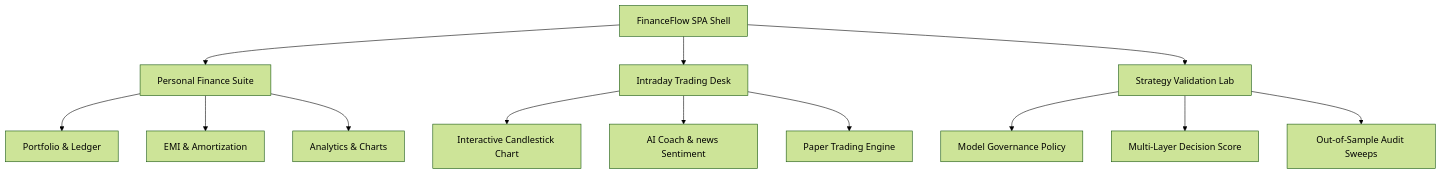
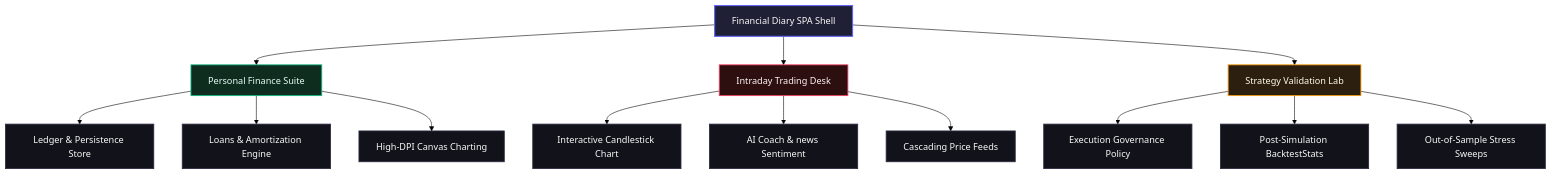
One commit to CodeWhizAfsal/am-chat changed the first of 2 diagrams in README.md. Above: the diagram before and after it, drawn with Mermaid (forest theme). The commit also changed other lines of this file, not shown here.

Commit message:
Enhance README.md with detailed system architecture pipelines and mathematical model documentation

````diff
--- a/README.md
+++ b/README.md
@@ -14,18 +16,28 @@
 ```mermaid
 graph TD
-    A[FinanceFlow SPA Shell] --> B[Personal Finance Suite]
-    A --> C[Intraday Trading Desk]
-    A --> D[Strategy Validation Lab]
+    %% Styling
+    classDef default fill:#12121a,stroke:#2a2a3e,stroke-width:1.5px,color:#fafafa;
+    classDef shell fill:#1f1f35,stroke:#6366f1,stroke-width:2px,color:#fafafa;
+    classDef suite fill:#0f2d1f,stroke:#10b981,stroke-width:1.5px,color:#e6fcf5;
+    classDef desk fill:#2d0f0f,stroke:#f43f5e,stroke-width:1.5px,color:#fff5f5;
+    classDef lab fill:#2d1f0f,stroke:#f59e0b,stroke-width:1.5px,color:#fffbeb;
 
-    B --> B1[Portfolio & Ledger]
-    B --> B2[EMI & Amortization]
-    B --> B3[Analytics & Charts]
+    A[Financial Diary SPA Shell]:::shell --> B[Personal Finance Suite]:::suite
+    A --> C[Intraday Trading Desk]:::desk
+    A --> D[Strategy Validation Lab]:::lab
 
+    %% Suite sub-nodes
+    B --> B1[Ledger & Persistence Store]
+    B --> B2[Loans & Amortization Engine]
+    B --> B3[High-DPI Canvas Charting]
+
+    %% Desk sub-nodes
     C --> C1[Interactive Candlestick Chart]
     C --> C2[AI Coach & news Sentiment]
-    C --> C3[Paper Trading Engine]
+    C --> C3[Cascading Price Feeds]
 
-    D --> D1[Model Governance Policy]
-    D --> D2[Multi-Layer Decision Score]
-    D --> D3[Out-of-Sample Audit Sweeps]
+    %% Lab sub-nodes
+    D --> D1[Execution Governance Policy]
+    D --> D2[Post-Simulation BacktestStats]
+    D --> D3[Out-of-Sample Stress Sweeps]
 ```
````
